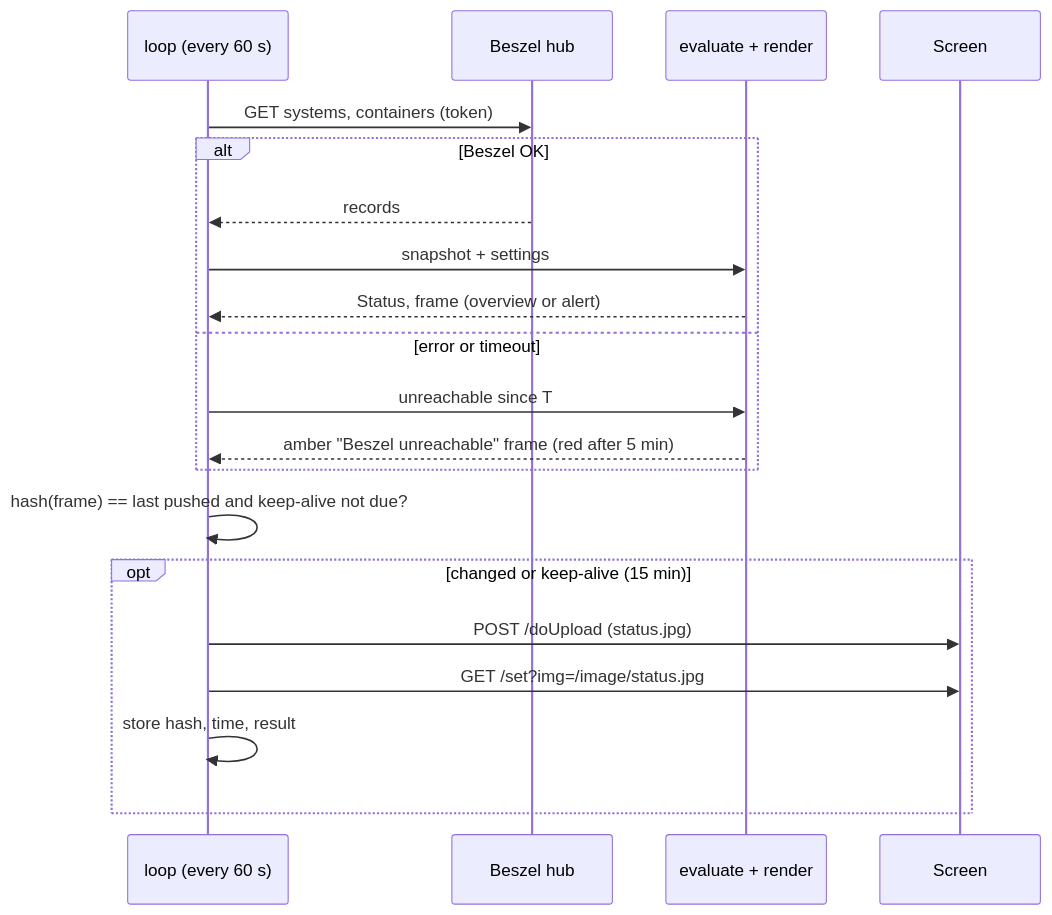
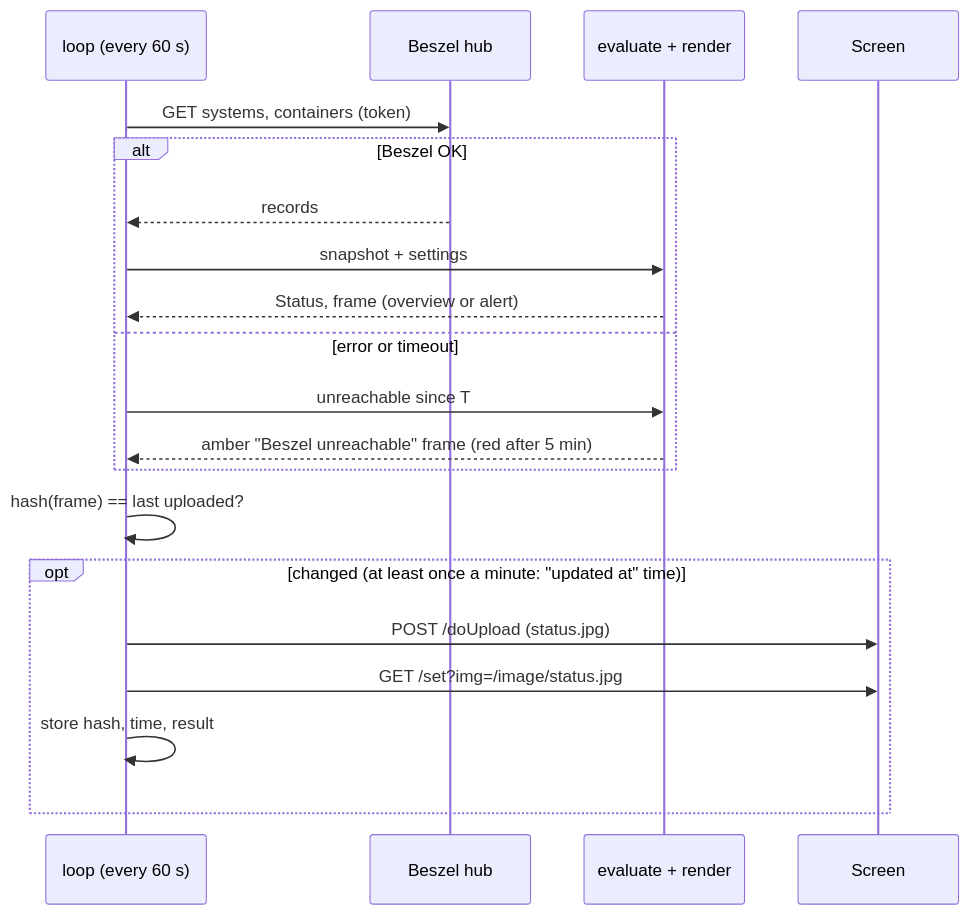
Before and after one commit to sirvishal-homelab/homelab: the second of 2 diagrams in esp-mini-screen/docs/05-design.md, drawn with Mermaid. The commit also changed other lines of this file and 2 other files, not shown here.

First line of the commit message:
docs(esp-mini-screen): close requirement gaps (updated-at time, 24-hour, settings list, Beszel data check)

````diff
--- a/esp-mini-screen/docs/05-design.md
+++ b/esp-mini-screen/docs/05-design.md
@@ -48,22 +48,22 @@
 ```mermaid
 sequenceDiagram
   participant L as loop (every 60 s)
   participant B as Beszel hub
   participant E as evaluate + render
   participant S as Screen
   L->>B: GET systems, containers (token)
   alt Beszel OK
     B-->>L: records
     L->>E: snapshot + settings
     E-->>L: Status, frame (overview or alert)
   else error or timeout
     L->>E: unreachable since T
     E-->>L: amber "Beszel unreachable" frame (red after 5 min)
   end
-  L->>L: hash(frame) == last pushed and keep-alive not due?
-  opt changed or keep-alive (15 min)
+  L->>L: hash(frame) == last uploaded?
+  opt changed (at least once a minute: "updated at" time)
     L->>S: POST /doUpload (status.jpg)
     L->>S: GET /set?img=/image/status.jpg
     L->>L: store hash, time, result
   end
 ```
````
